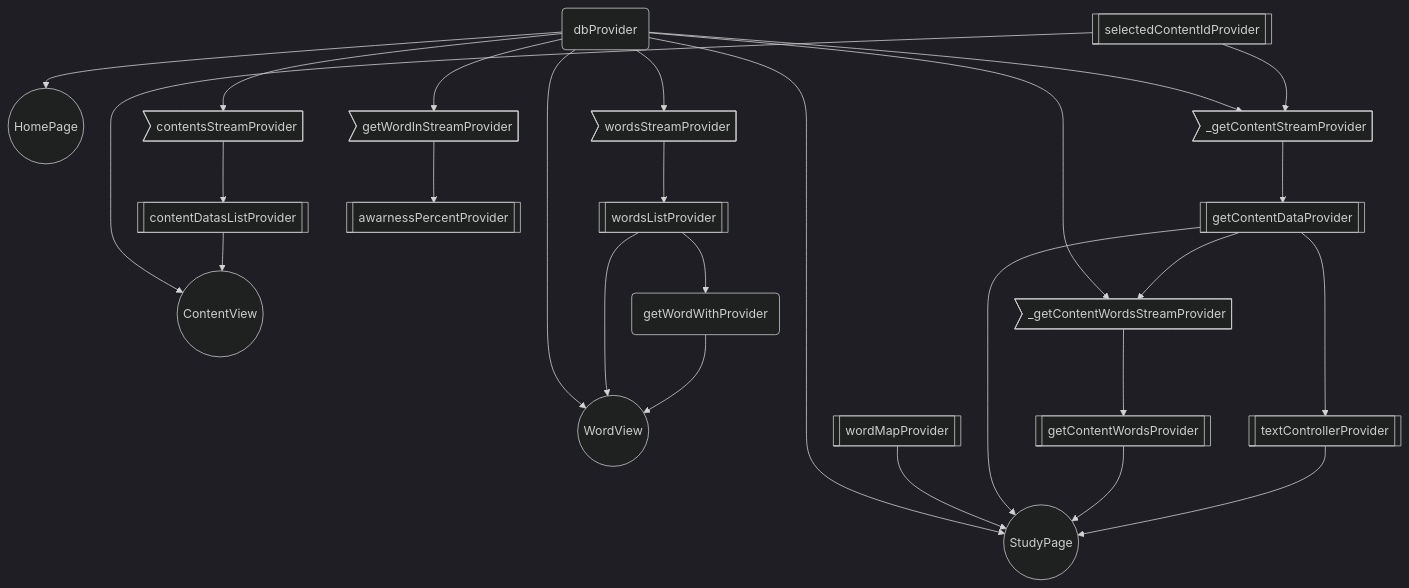
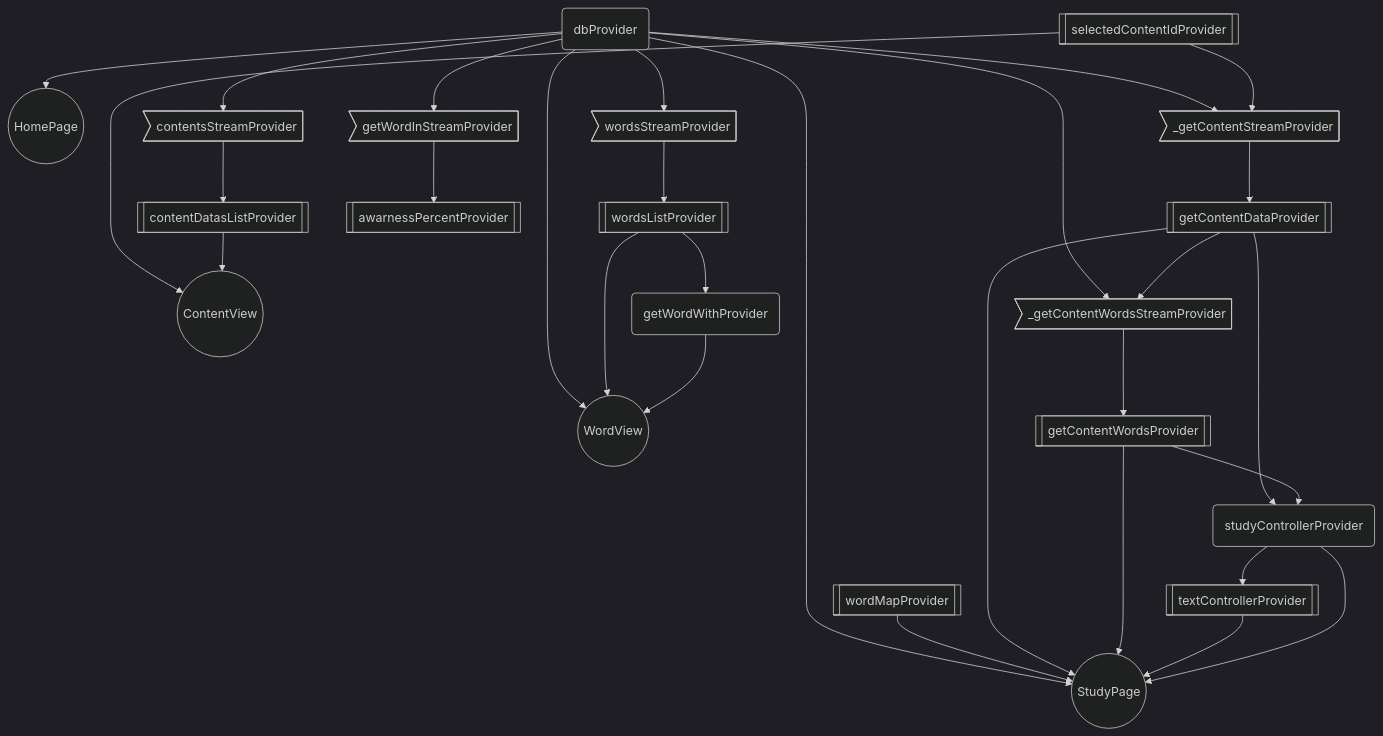
One commit to hpn33/landlearn changed the diagram in riverpod_diagram.md. Above: the diagram before and after it, drawn with Mermaid (dark theme). The commit also changed 4 other files, not shown here.

````diff
--- a/riverpod_diagram.md
+++ b/riverpod_diagram.md
@@ -2,54 +2,58 @@
 ```mermaid
 graph TD;
 
 
 
 9(dbProvider) --> 3((HomePage)) ;
 
 9(dbProvider) --> 4((StudyPage)) ;
 10[[wordMapProvider]] --> 4((StudyPage)) ;
 13[[getContentDataProvider]] --> 4((StudyPage)) ;
 15[[getContentWordsProvider]] --> 4((StudyPage)) ;
 16[[textControllerProvider]] --> 4((StudyPage)) ;
+17(studyControllerProvider) --> 4((StudyPage)) ;
 
 
 
 9(dbProvider) --> 7((WordView)) ;
-23[[wordsListProvider]] --> 7((WordView)) ;
-24(getWordWithProvider) --> 7((WordView)) ;
+24[[wordsListProvider]] --> 7((WordView)) ;
+25(getWordWithProvider) --> 7((WordView)) ;
 
 11[[selectedContentIdProvider]] --> 8((ContentView)) ;
-18[[contentDatasListProvider]] --> 8((ContentView)) ;
+19[[contentDatasListProvider]] --> 8((ContentView)) ;
 
 
 
 
 9(dbProvider) --> 12>_getContentStreamProvider] ;
 11[[selectedContentIdProvider]] --> 12>_getContentStreamProvider] ;
 
 12>_getContentStreamProvider] --> 13[[getContentDataProvider]] ;
 
 9(dbProvider) --> 14>_getContentWordsStreamProvider] ;
 13[[getContentDataProvider]] --> 14>_getContentWordsStreamProvider] ;
 
 14>_getContentWordsStreamProvider] --> 15[[getContentWordsProvider]] ;
 
-13[[getContentDataProvider]] --> 16[[textControllerProvider]] ;
+17(studyControllerProvider) --> 16[[textControllerProvider]] ;
 
-9(dbProvider) --> 17>contentsStreamProvider] ;
+13[[getContentDataProvider]] --> 17(studyControllerProvider) ;
+15[[getContentWordsProvider]] --> 17(studyControllerProvider) ;
 
-17>contentsStreamProvider] --> 18[[contentDatasListProvider]] ;
+9(dbProvider) --> 18>contentsStreamProvider] ;
 
-9(dbProvider) --> 19>getWordInStreamProvider] ;
+18>contentsStreamProvider] --> 19[[contentDatasListProvider]] ;
 
-19>getWordInStreamProvider] --> 20[[awarnessPercentProvider]] ;
+9(dbProvider) --> 20>getWordInStreamProvider] ;
+
+20>getWordInStreamProvider] --> 21[[awarnessPercentProvider]] ;
 
 
-9(dbProvider) --> 22>wordsStreamProvider] ;
+9(dbProvider) --> 23>wordsStreamProvider] ;
 
-22>wordsStreamProvider] --> 23[[wordsListProvider]] ;
+23>wordsStreamProvider] --> 24[[wordsListProvider]] ;
 
-23[[wordsListProvider]] --> 24(getWordWithProvider) ;
+24[[wordsListProvider]] --> 25(getWordWithProvider) ;
 
 
 ```
````
